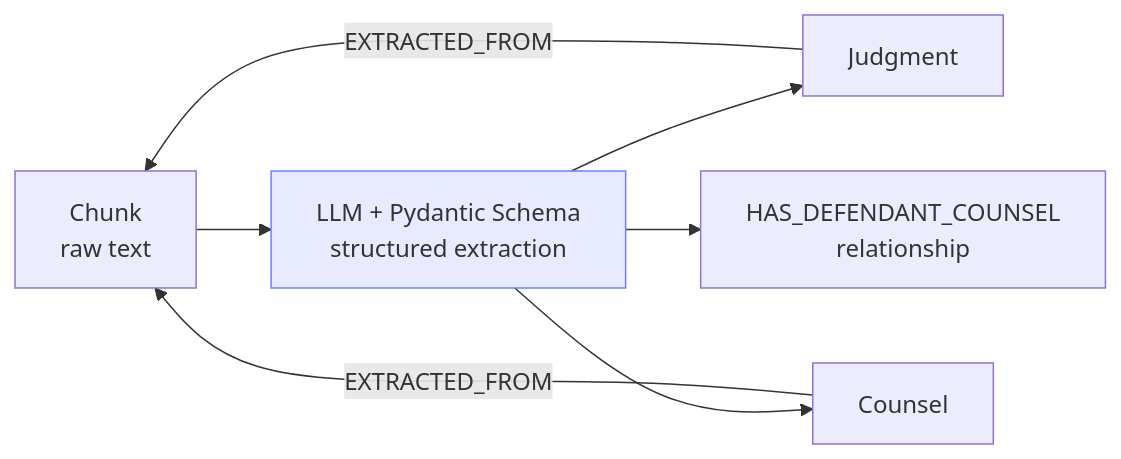
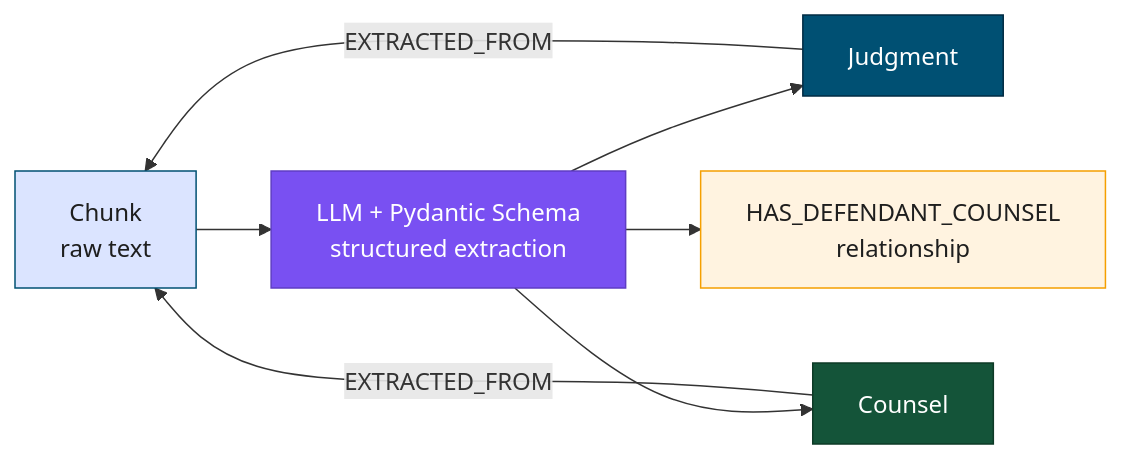
One commit to joy-neo4j/graph-intelligence-agent changed the seventh of 13 diagrams in outputs/Graph_Intelligence_Technical_DeepDive.md. Above: the diagram before and after it, drawn with Mermaid. The commit also changed other lines of this file and 1 other file, not shown here.

First line of the commit message:
style(diagrams): restyle all Mermaid diagrams for contrast and colour

````diff
--- a/outputs/Graph_Intelligence_Technical_DeepDive.md
+++ b/outputs/Graph_Intelligence_Technical_DeepDive.md
@@ -446,10 +464,14 @@
 ```mermaid
 graph LR
     C["Chunk<br/>raw text"] --> LLM["LLM + Pydantic Schema<br/>structured extraction"]
     LLM --> Judgment["Judgment"]
     LLM --> Counsel["Counsel"]
     LLM --> Rel["HAS_DEFENDANT_COUNSEL<br/>relationship"]
     Judgment --> |EXTRACTED_FROM| C
     Counsel --> |EXTRACTED_FROM| C
-    style LLM fill:#E8EAFF,stroke:#6A82FF
+    style C fill:#dbe4ff,stroke:#005073,color:#1e1e1e
+    style LLM fill:#7950f2,stroke:#5f3dc4,color:#fff
+    style Judgment fill:#005073,stroke:#002B43,color:#fff
+    style Counsel fill:#145439,stroke:#0d3a26,color:#fff
+    style Rel fill:#fff3e0,stroke:#f59f00,color:#1e1e1e
 ```
````
